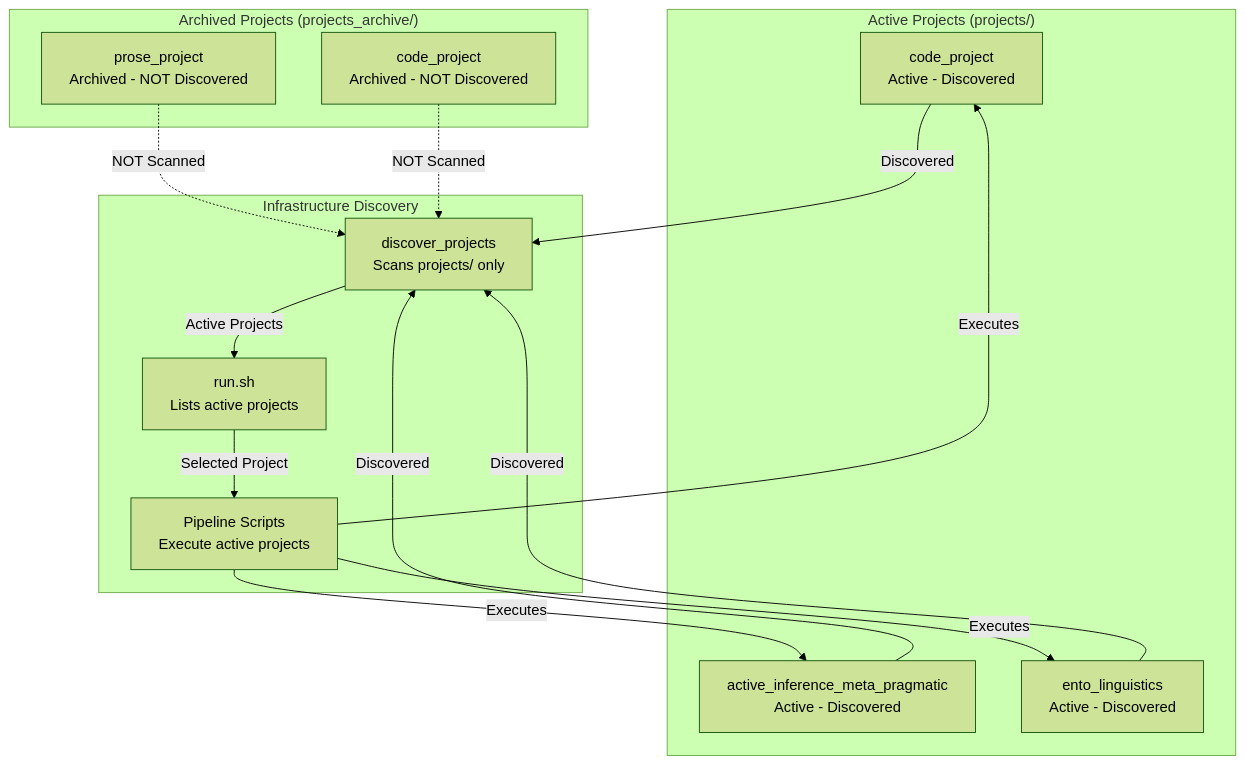
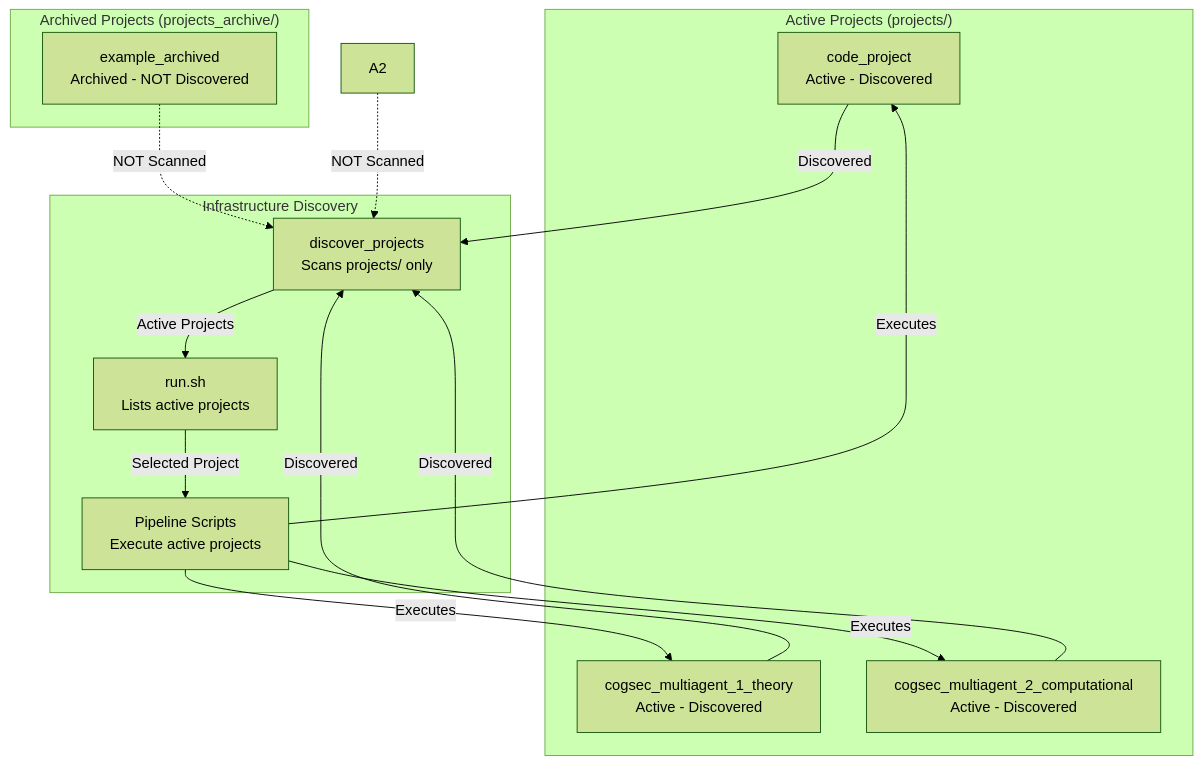
One commit to docxology/template changed the diagram in projects/AGENTS.md. Above: the diagram before and after it, drawn with Mermaid (forest theme). The commit also changed other lines of this file and 1217 other files, not shown here.

````diff
--- a/projects/AGENTS.md
+++ b/projects/AGENTS.md
@@ -54,31 +61,30 @@
 ```mermaid
 graph TD
     subgraph Active["Active Projects (projects/)"]
         P1[code_project<br/>Active - Discovered]
-        P2[active_inference_meta_pragmatic<br/>Active - Discovered]
-        P3[ento_linguistics<br/>Active - Discovered]
+        P2[cogsec_multiagent_1_theory<br/>Active - Discovered]
+        P3[cogsec_multiagent_2_computational<br/>Active - Discovered]
     end
 
     subgraph Archive["Archived Projects (projects_archive/)"]
-        A1[prose_project<br/>Archived - NOT Discovered]
-        A2[code_project<br/>Archived - NOT Discovered]
+        A1[example_archived<br/>Archived - NOT Discovered]
     end
 
     subgraph Infrastructure["Infrastructure Discovery"]
         DISCOVER[discover_projects<br/>Scans projects/ only]
         RUNSH[run.sh<br/>Lists active projects]
         PIPELINE[Pipeline Scripts<br/>Execute active projects]
     end
 
     P1 -->|Discovered| DISCOVER
     P2 -->|Discovered| DISCOVER
     P3 -->|Discovered| DISCOVER
     A1 -.->|NOT Scanned| DISCOVER
     A2 -.->|NOT Scanned| DISCOVER
 
     DISCOVER -->|Active Projects| RUNSH
     RUNSH -->|Selected Project| PIPELINE
     PIPELINE -->|Executes| P1
     PIPELINE -->|Executes| P2
     PIPELINE -->|Executes| P3
 ```
````
